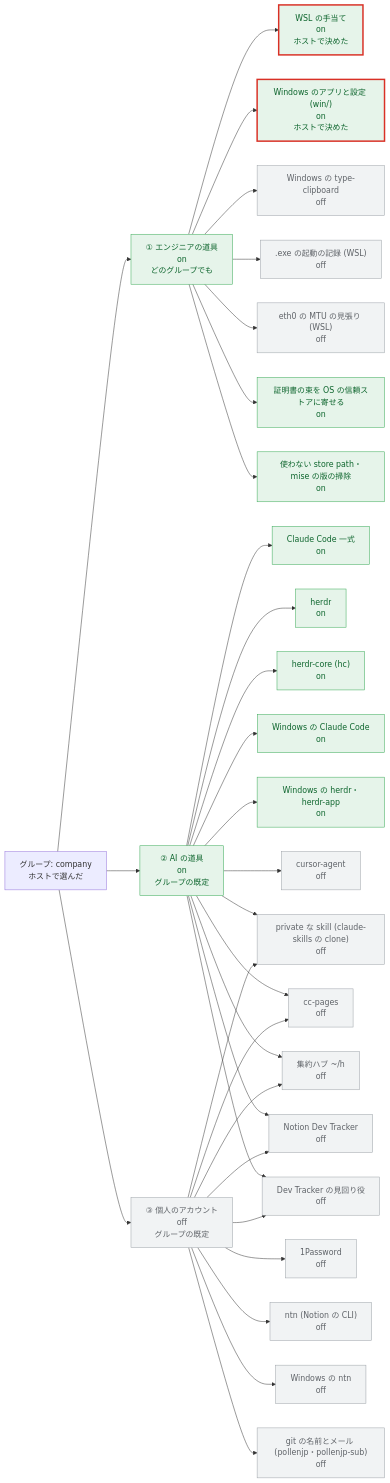
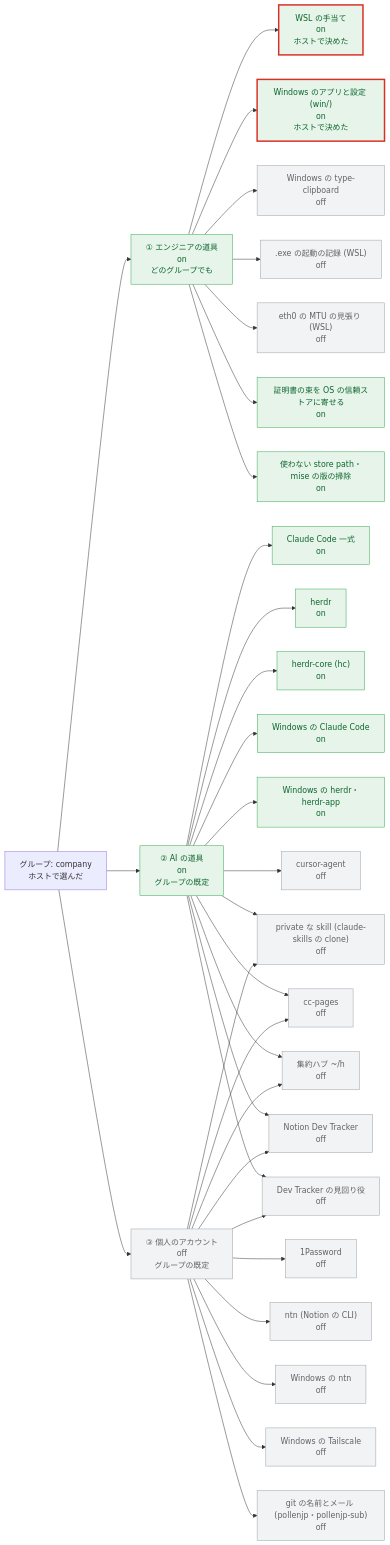
Before and after one commit to pollenjp/dotfiles: the second of 4 diagrams in nix/groups.md, drawn with Mermaid. The commit also changed other lines of this file and 6 other files, not shown here.

First line of the commit message:
feat(nix,win): Windows に Tailscale を入れるかの switch (wsl.windowsFiles.tailscale.enable) を足す

````diff
--- a/nix/groups.md
+++ b/nix/groups.md
@@ -158,68 +162,70 @@
 ```mermaid
 flowchart LR
   g["グループ: company<br/>ホストで選んだ"]
   t1["① エンジニアの道具<br/>on<br/>どのグループでも"]
   t2["② AI の道具<br/>on<br/>グループの既定"]
   t3["③ 個人のアカウント<br/>off<br/>グループの既定"]
   g --> t1
   g --> t2
   g --> t3
   wsl["WSL の手当て<br/>on<br/>ホストで決めた"]
   windowsFiles["Windows のアプリと設定 (win/)<br/>on<br/>ホストで決めた"]
   windowsTypeClipboard["Windows の type-clipboard<br/>off"]
   exeExecTrace[".exe の起動の記録 (WSL)<br/>off"]
   mtuGuard["eth0 の MTU の見張り (WSL)<br/>off"]
   osCaBundle["証明書の束を OS の信頼ストアに寄せる<br/>on"]
   cleanup["使わない store path・mise の版の掃除<br/>on"]
   claude["Claude Code 一式<br/>on"]
   herdr["herdr<br/>on"]
   herdrCore["herdr-core (hc)<br/>on"]
   windowsClaudeCode["Windows の Claude Code<br/>on"]
   windowsHerdr["Windows の herdr・herdr-app<br/>on"]
   cursorAgent["cursor-agent<br/>off"]
   claudePrivateSkills["private な skill (claude-skills の clone)<br/>off"]
   ccPages["cc-pages<br/>off"]
   herdrHub["集約ハブ ~/h<br/>off"]
   devTracker["Notion Dev Tracker<br/>off"]
   devTrackerInbox["Dev Tracker の見回り役<br/>off"]
   onePassword["1Password<br/>off"]
   ntn["ntn (Notion の CLI)<br/>off"]
   windowsNtn["Windows の ntn<br/>off"]
+  windowsTailscale["Windows の Tailscale<br/>off"]
   gitIdentity["git の名前とメール (pollenjp・pollenjp-sub)<br/>off"]
   t1 --> wsl
   t1 --> windowsFiles
   t1 --> windowsTypeClipboard
   t1 --> exeExecTrace
   t1 --> mtuGuard
   t1 --> osCaBundle
   t1 --> cleanup
   t2 --> claude
   t2 --> herdr
   t2 --> herdrCore
   t2 --> windowsClaudeCode
   t2 --> windowsHerdr
   t2 --> cursorAgent
   t2 --> claudePrivateSkills
   t3 --> claudePrivateSkills
   t2 --> ccPages
   t3 --> ccPages
   t2 --> herdrHub
   t3 --> herdrHub
   t2 --> devTracker
   t3 --> devTracker
   t2 --> devTrackerInbox
   t3 --> devTrackerInbox
   t3 --> onePassword
   t3 --> ntn
   t3 --> windowsNtn
+  t3 --> windowsTailscale
   t3 --> gitIdentity
   classDef on fill:#e6f4ea,stroke:#34a853,color:#0d652d
   classDef off fill:#f1f3f4,stroke:#9aa0a6,color:#5f6368
   classDef na fill:#ffffff,stroke:#bdc1c6,color:#9aa0a6,stroke-dasharray:4 3
   classDef onHost fill:#e6f4ea,stroke:#d93025,stroke-width:3px,color:#0d652d
   classDef offHost fill:#f1f3f4,stroke:#d93025,stroke-width:3px,color:#5f6368
   classDef naHost fill:#ffffff,stroke:#d93025,stroke-width:3px,color:#9aa0a6,stroke-dasharray:4 3
   class t1,t2,osCaBundle,cleanup,claude,herdr,herdrCore,windowsClaudeCode,windowsHerdr on
-  class t3,windowsTypeClipboard,exeExecTrace,mtuGuard,cursorAgent,claudePrivateSkills,ccPages,herdrHub,devTracker,devTrackerInbox,onePassword,ntn,windowsNtn,gitIdentity off
+  class t3,windowsTypeClipboard,exeExecTrace,mtuGuard,cursorAgent,claudePrivateSkills,ccPages,herdrHub,devTracker,devTrackerInbox,onePassword,ntn,windowsNtn,windowsTailscale,gitIdentity off
   class wsl,windowsFiles onHost
 ```
````
